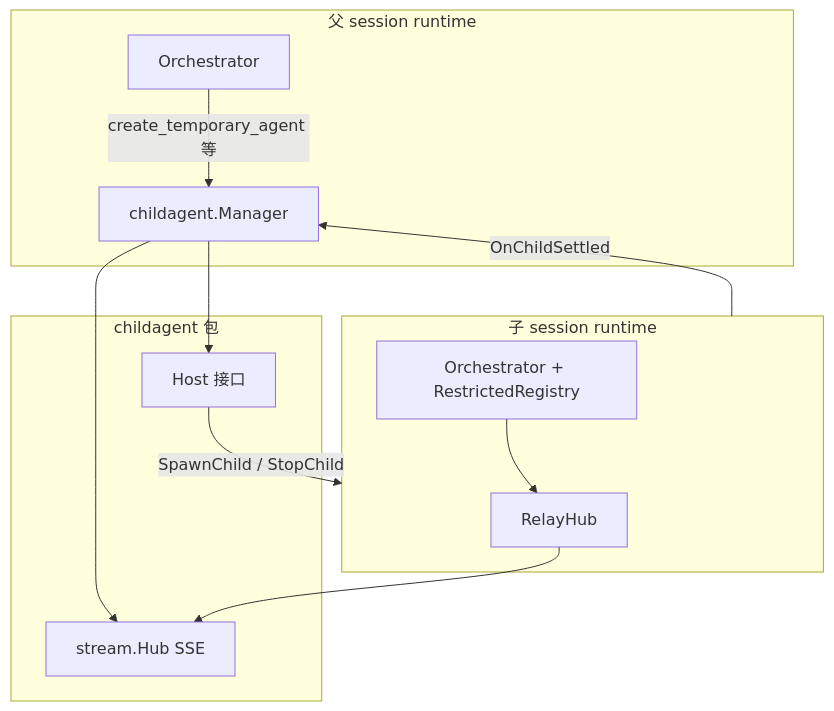
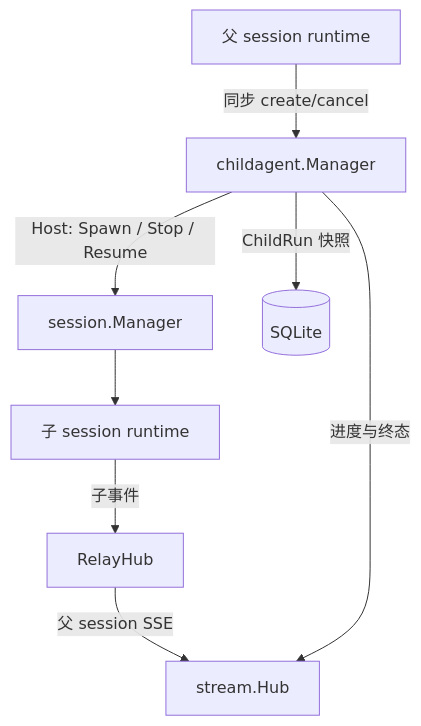
One commit to DGS-ai-team/DAgents changed the diagram in node/internal/childagent/README.md. Above: the diagram before and after it, drawn with Mermaid. The commit also changed other lines of this file and 59 other files, not shown here.

Commit message:
feat: improve child agent run visibility

````diff
--- a/node/internal/childagent/README.md
+++ b/node/internal/childagent/README.md
@@ -13,22 +14,10 @@
 ```mermaid
 flowchart TB
-    subgraph Parent["父 session runtime"]
-        OrchP["Orchestrator"]
-        OrchP -->|"create_temporary_agent 等"| CM["childagent.Manager"]
-    end
-
-    subgraph Childagent["childagent 包"]
-        CM --> Host["Host 接口"]
-        CM --> Hub["stream.Hub SSE"]
-    end
-
-    subgraph Child["子 session runtime"]
-        Relay["RelayHub"]
-        OrchC["Orchestrator + RestrictedRegistry"]
-        Relay --> Hub
-        OrchC --> Relay
-    end
-
-    Host -->|"SpawnChild / StopChild"| Child
-    Child -->|"OnChildSettled"| CM
+    Parent[父 session runtime] -->|同步 create/cancel| Manager[childagent.Manager]
+    Manager -->|Host: Spawn / Stop / Resume| Sessions[session.Manager]
+    Sessions --> Child[子 session runtime]
+    Child -->|子事件| Relay[RelayHub]
+    Relay -->|父 session SSE| Hub[stream.Hub]
+    Manager -->|进度与终态| Hub
+    Manager -->|ChildRun 快照| Store[(SQLite)]
 ```
````
